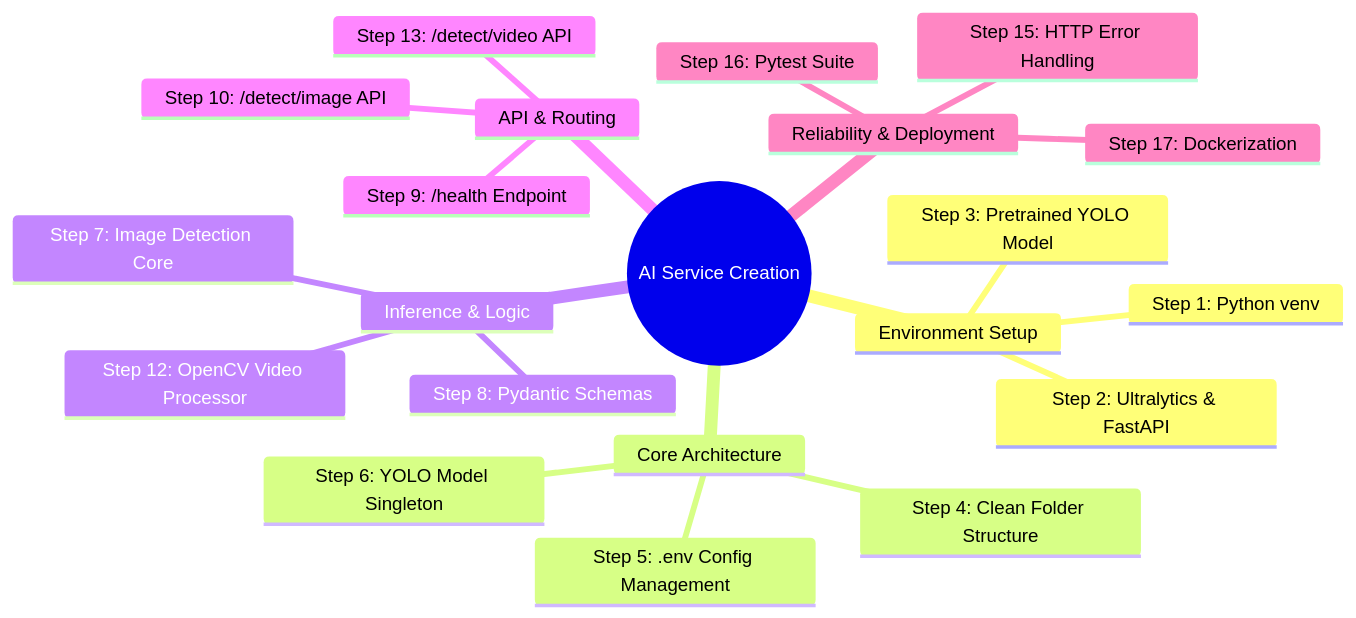
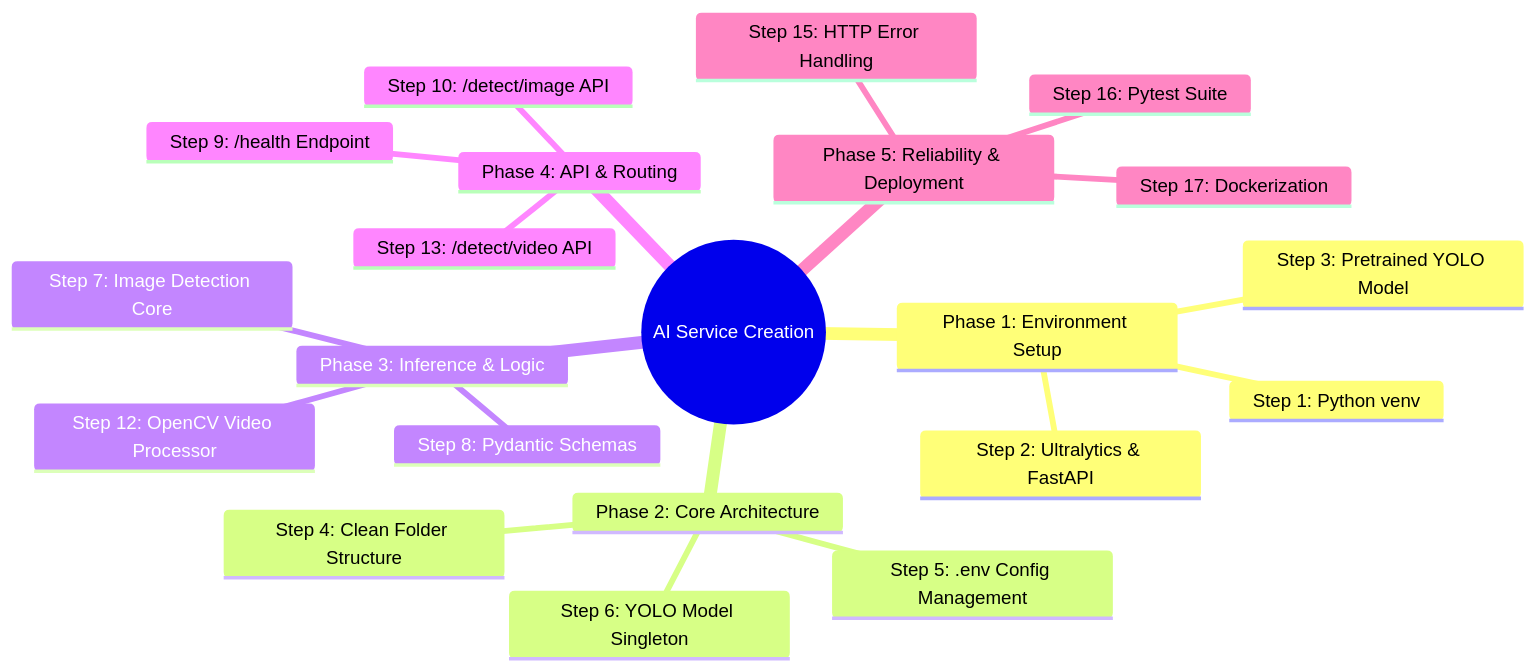
One commit to abhiav-spec/Smart-Pothole-Detection-and-Reporting-System changed the first of 3 diagrams in docs/architecture/ai_service_development_guide.md. Above: the diagram before and after it, drawn with Mermaid. The commit also changed other lines of this file, not shown here.

````diff
--- a/docs/architecture/ai_service_development_guide.md
+++ b/docs/architecture/ai_service_development_guide.md
@@ -10,24 +10,24 @@
 ```mermaid
 mindmap
   root((AI Service Creation))
-    Environment Setup
+    Phase 1: Environment Setup
       Step 1: Python venv
       Step 2: Ultralytics & FastAPI
       Step 3: Pretrained YOLO Model
-    Core Architecture
+    Phase 2: Core Architecture
       Step 4: Clean Folder Structure
       Step 5: .env Config Management
       Step 6: YOLO Model Singleton
-    Inference & Logic
+    Phase 3: Inference & Logic
       Step 7: Image Detection Core
       Step 8: Pydantic Schemas
       Step 12: OpenCV Video Processor
-    API & Routing
+    Phase 4: API & Routing
       Step 9: /health Endpoint
       Step 10: /detect/image API
       Step 13: /detect/video API
-    Reliability & Deployment
+    Phase 5: Reliability & Deployment
       Step 15: HTTP Error Handling
       Step 16: Pytest Suite
       Step 17: Dockerization
 ```
````
